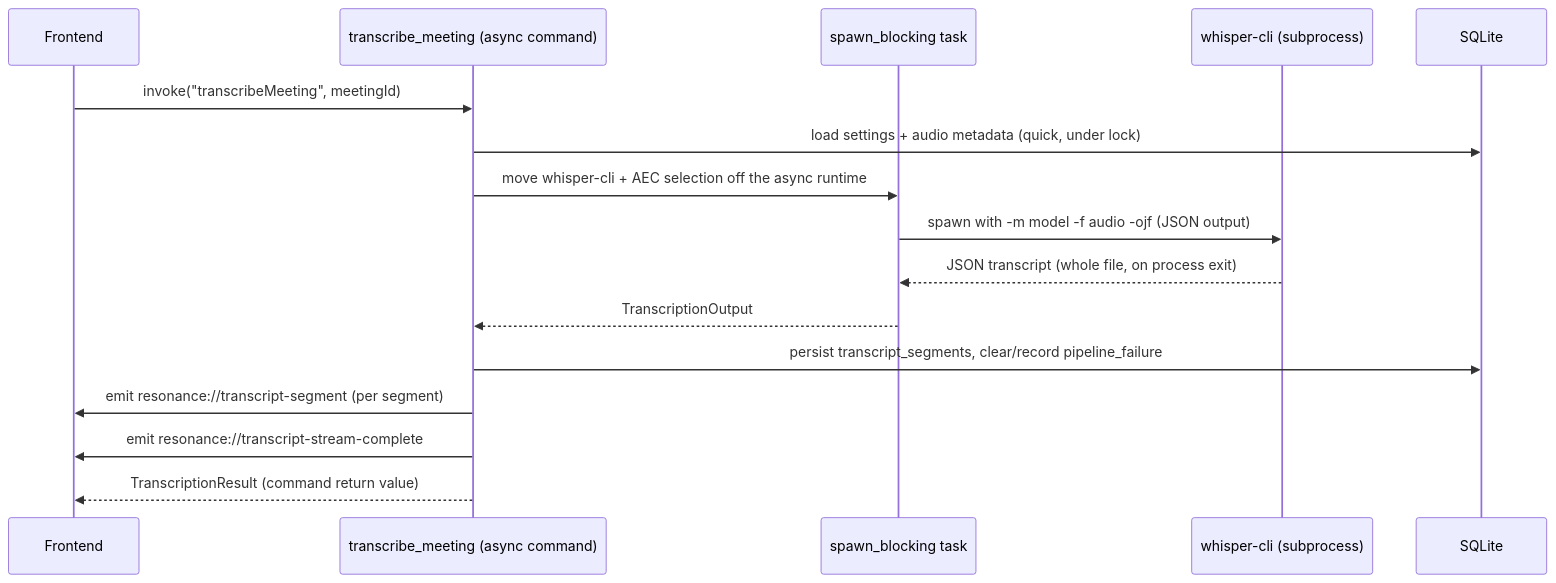
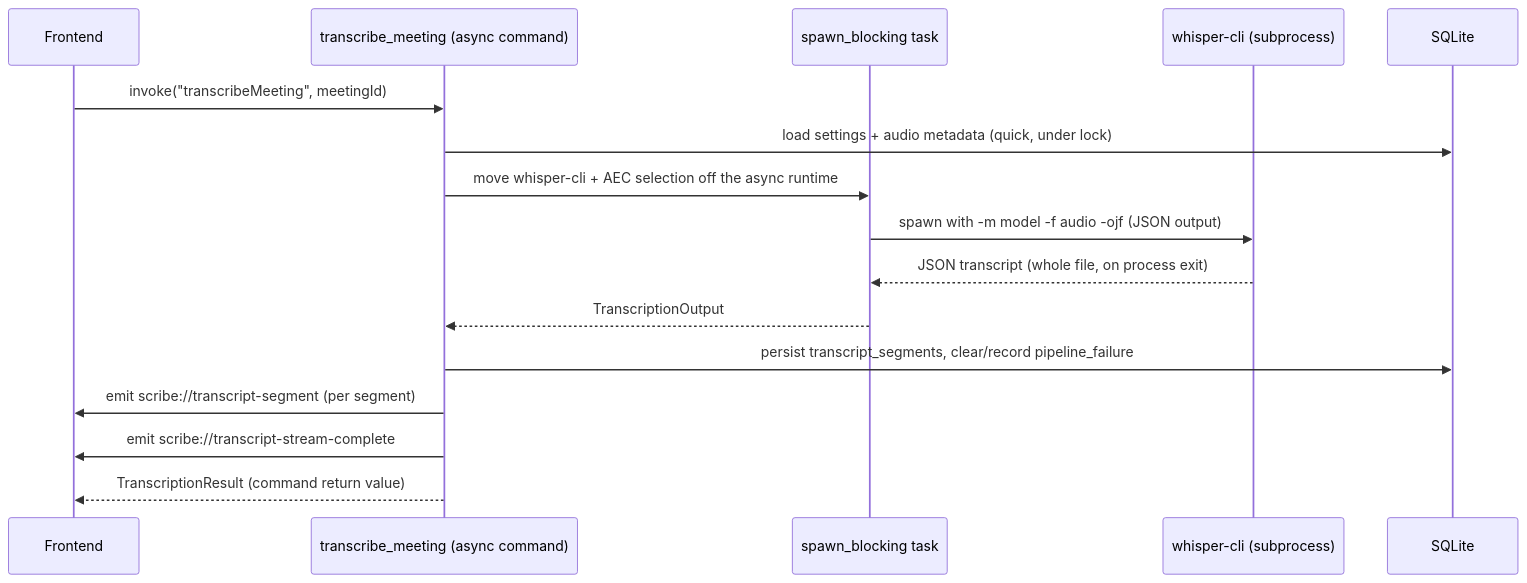
One commit to mandygit/scribe changed the third of 5 diagrams in docs/technical-architecture.md. Above: the diagram before and after it, drawn with Mermaid. The commit also changed other lines of this file and 35 other files, not shown here.

First line of the commit message:
refactor: finish Resonance to Scribe rename and drop dead legacy code

````diff
--- a/docs/technical-architecture.md
+++ b/docs/technical-architecture.md
@@ -187,19 +186,19 @@
 ```mermaid
 sequenceDiagram
     participant FE as Frontend
     participant Cmd as transcribe_meeting (async command)
     participant Blocking as spawn_blocking task
     participant Whisper as whisper-cli (subprocess)
     participant DB as SQLite
 
     FE->>Cmd: invoke("transcribeMeeting", meetingId)
     Cmd->>DB: load settings + audio metadata (quick, under lock)
     Cmd->>Blocking: move whisper-cli + AEC selection off the async runtime
     Blocking->>Whisper: spawn with -m model -f audio -ojf (JSON output)
     Whisper-->>Blocking: JSON transcript (whole file, on process exit)
     Blocking-->>Cmd: TranscriptionOutput
     Cmd->>DB: persist transcript_segments, clear/record pipeline_failure
-    Cmd->>FE: emit resonance://transcript-segment (per segment)
-    Cmd->>FE: emit resonance://transcript-stream-complete
+    Cmd->>FE: emit scribe://transcript-segment (per segment)
+    Cmd->>FE: emit scribe://transcript-stream-complete
     Cmd-->>FE: TranscriptionResult (command return value)
 ```
````
